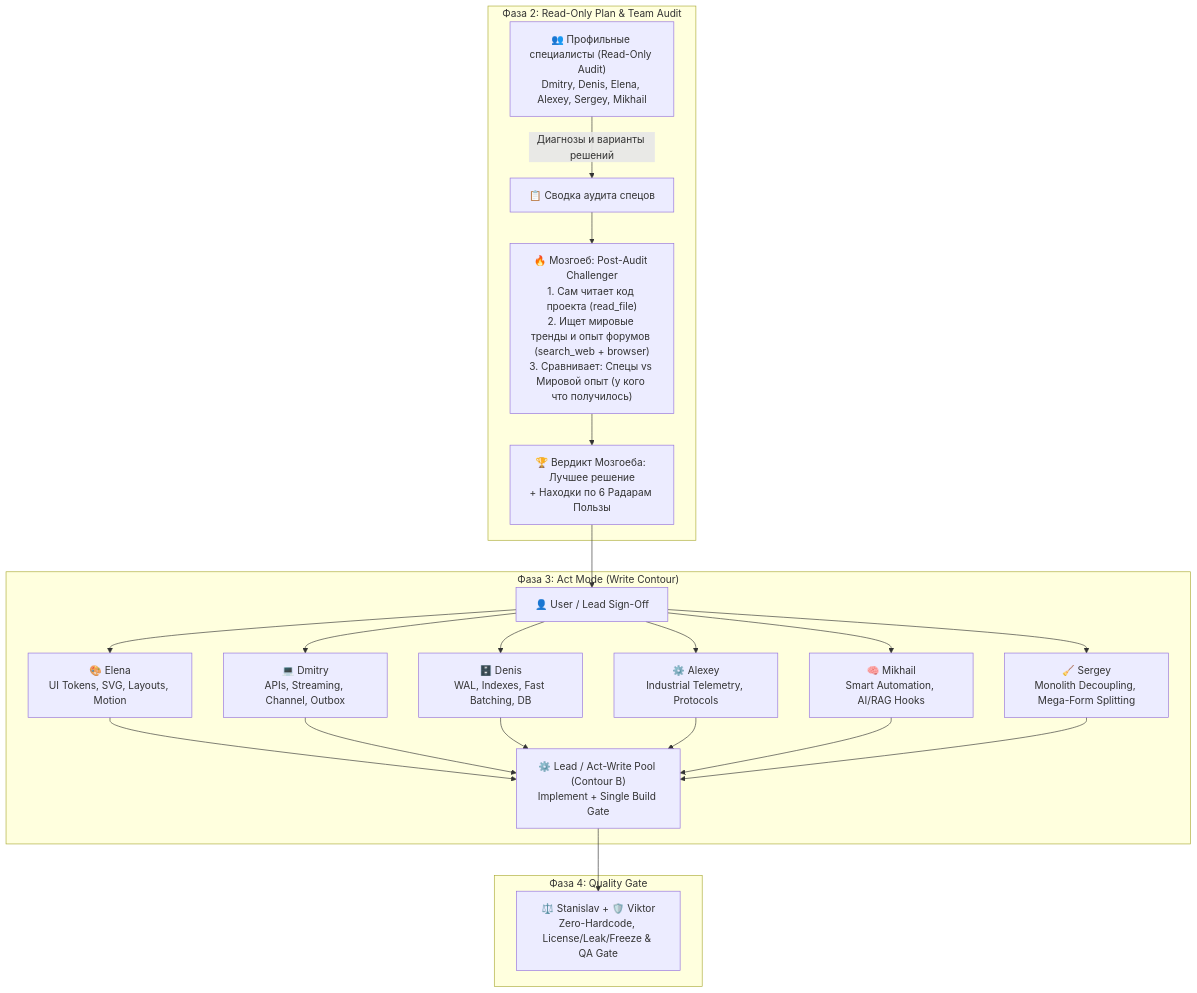
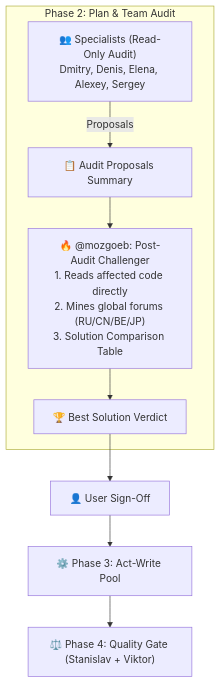
The diagram in skills/hermes/references/ux-scouting-standards.md (neon1301/hermes-mode-antigravity), drawn with Mermaid before and after one commit. The commit also changed other lines of this file and 22 other files, not shown here.

````diff
--- a/skills/hermes/references/ux-scouting-standards.md
+++ b/skills/hermes/references/ux-scouting-standards.md
@@ -60,29 +37,12 @@
 ```mermaid
 flowchart TD
-    subgraph Phase2["Фаза 2: Read-Only Plan & Team Audit"]
-        Specialists["👥 Профильные специалисты (Read-Only Audit)\nDmitry, Denis, Elena, Alexey, Sergey, Mikhail"] -->|Диагнозы и варианты решений| AuditHandoff["📋 Сводка аудита спецов"]
-        AuditHandoff --> Mozgoeb["🔥 Мозгоеб: Post-Audit Challenger\n1. Сам читает код проекта (read_file)\n2. Ищет мировые тренды и опыт форумов (search_web + browser)\n3. Сравнивает: Спецы vs Мировой опыт (у кого что получилось)"]
-        Mozgoeb --> Verdict["🏆 Вердикт Мозгоеба: Лучшее решение\n+ Находки по 6 Радарам Пользы"]
+    subgraph Phase2["Phase 2: Plan & Team Audit"]
+        Specialists["👥 Specialists (Read-Only Audit)\nDmitry, Denis, Elena, Alexey, Sergey"] -->|Proposals| Handoff["📋 Audit Proposals Summary"]
+        Handoff --> Mozgoeb["🔥 @mozgoeb: Post-Audit Challenger\n1. Reads affected code directly\n2. Mines global forums (RU/CN/BE/JP)\n3. Solution Comparison Table"]
+        Mozgoeb --> Verdict["🏆 Best Solution Verdict"]
     end
 
-    Verdict --> User["👤 User / Lead Sign-Off"]
-
-    subgraph Phase3["Фаза 3: Act Mode (Write Contour)"]
-        User --> Elena["🎨 Elena\nUI Tokens, SVG, Layouts, Motion"]
-        User --> Dmitry["💻 Dmitry\nAPIs, Streaming, Channel, Outbox"]
-        User --> Denis["🗄️ Denis\nWAL, Indexes, Fast Batching, DB"]
-        User --> Alexey["⚙️ Alexey\nIndustrial Telemetry, Protocols"]
-        User --> Mikhail["🧠 Mikhail\nSmart Automation, AI/RAG Hooks"]
-        User --> Sergey["🧹 Sergey\nMonolith Decoupling, Mega-Form Splitting"]
-        Elena --> Pool["⚙️ Lead / Act-Write Pool (Contour B)\nImplement + Single Build Gate"]
-        Dmitry --> Pool
-        Denis --> Pool
-        Alexey --> Pool
-        Mikhail --> Pool
-        Sergey --> Pool
-    end
-
-    subgraph Phase4["Фаза 4: Quality Gate"]
-        Pool --> Gate["⚖️ Stanislav + 🛡️ Viktor\nZero-Hardcode, License/Leak/Freeze & QA Gate"]
-    end
+    Verdict --> User["👤 User Sign-Off"]
+    User --> Pool["⚙️ Phase 3: Act-Write Pool"]
+    Pool --> Gate["⚖️ Phase 4: Quality Gate (Stanislav + Viktor)"]
 ```
````
